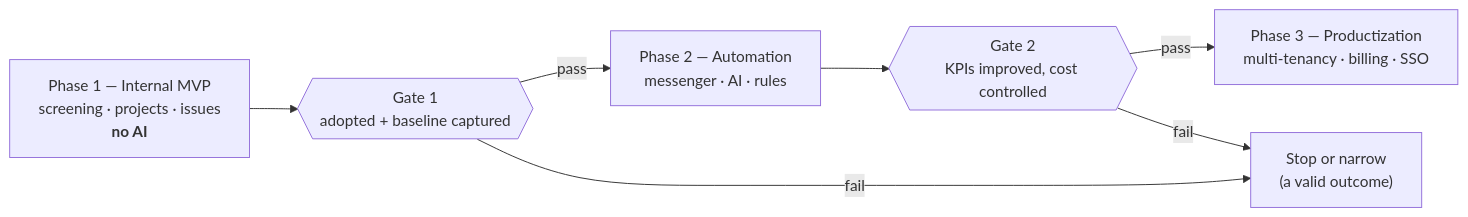
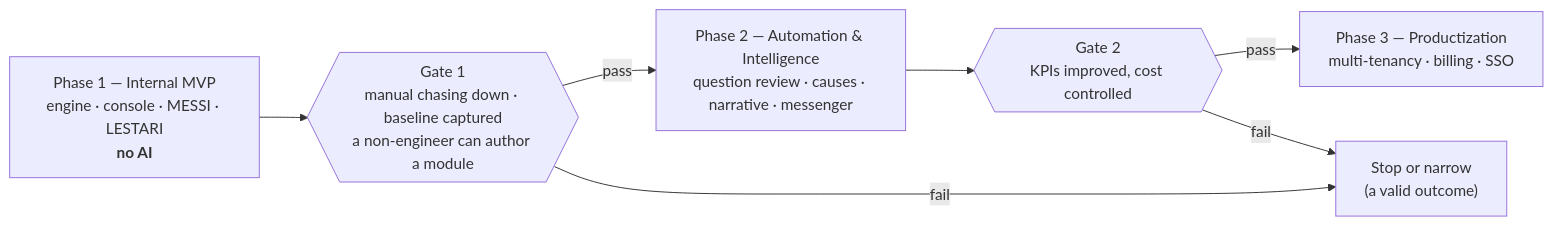
The diagram in docs/10-delivery-plan.md (oasys-lightrees/MESSI), drawn with Mermaid before and after one commit. The commit also changed other lines of this file and 6 other files, not shown here.

````diff
--- a/docs/10-delivery-plan.md
+++ b/docs/10-delivery-plan.md
@@ -27,16 +27,16 @@
 ```mermaid
 graph LR
-    P1["Phase 1 — Internal MVP<br/>screening · projects · issues<br/><b>no AI</b>"]
-    G1{{"Gate 1<br/>adopted + baseline captured"}}
-    P2["Phase 2 — Automation<br/>messenger · AI · rules"]
+    P1["Phase 1 — Internal MVP<br/>engine · console · MESSI · LESTARI<br/><b>no AI</b>"]
+    G1{{"Gate 1<br/>manual chasing down · baseline captured<br/>a non-engineer can author a module"}}
+    P2["Phase 2 — Automation & Intelligence<br/>question review · causes · narrative · messenger"]
     G2{{"Gate 2<br/>KPIs improved, cost controlled"}}
     P3["Phase 3 — Productization<br/>multi-tenancy · billing · SSO"]
     STOP["Stop or narrow<br/>(a valid outcome)"]
 
     P1 --> G1
     G1 -->|pass| P2
     G1 -->|fail| STOP
     P2 --> G2
     G2 -->|pass| P3
     G2 -->|fail| STOP
 ```
````
